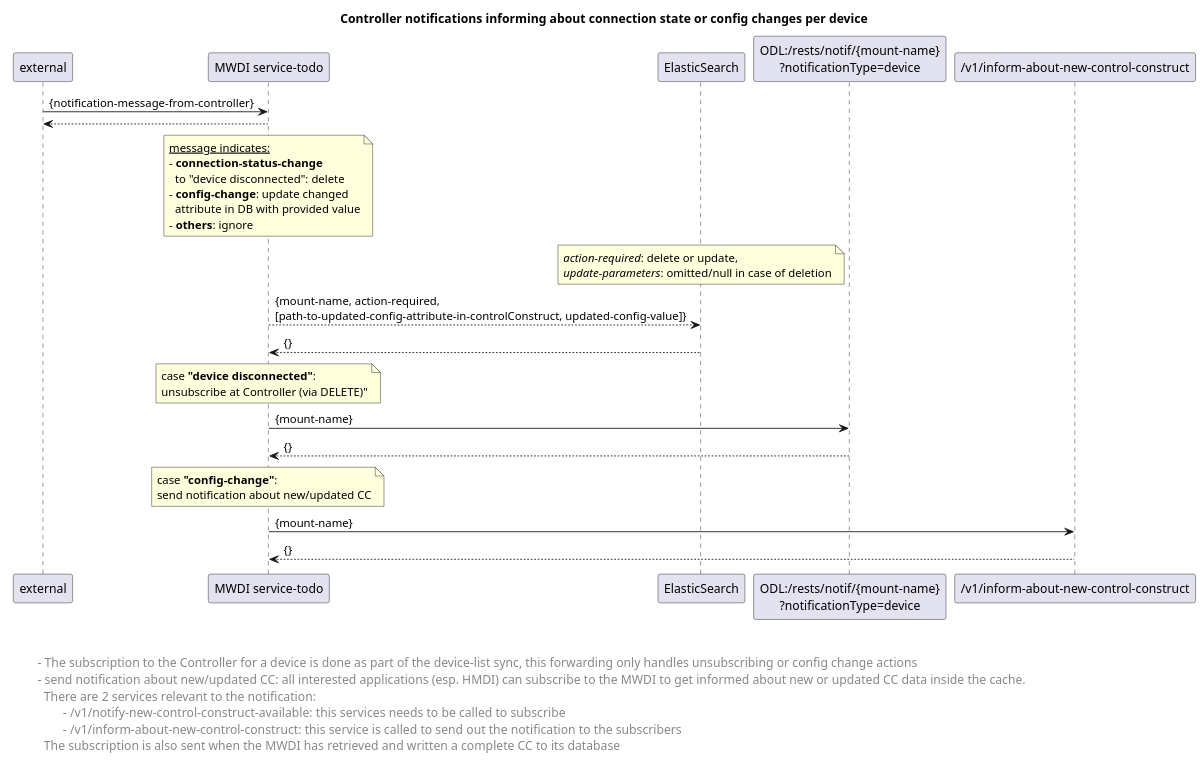
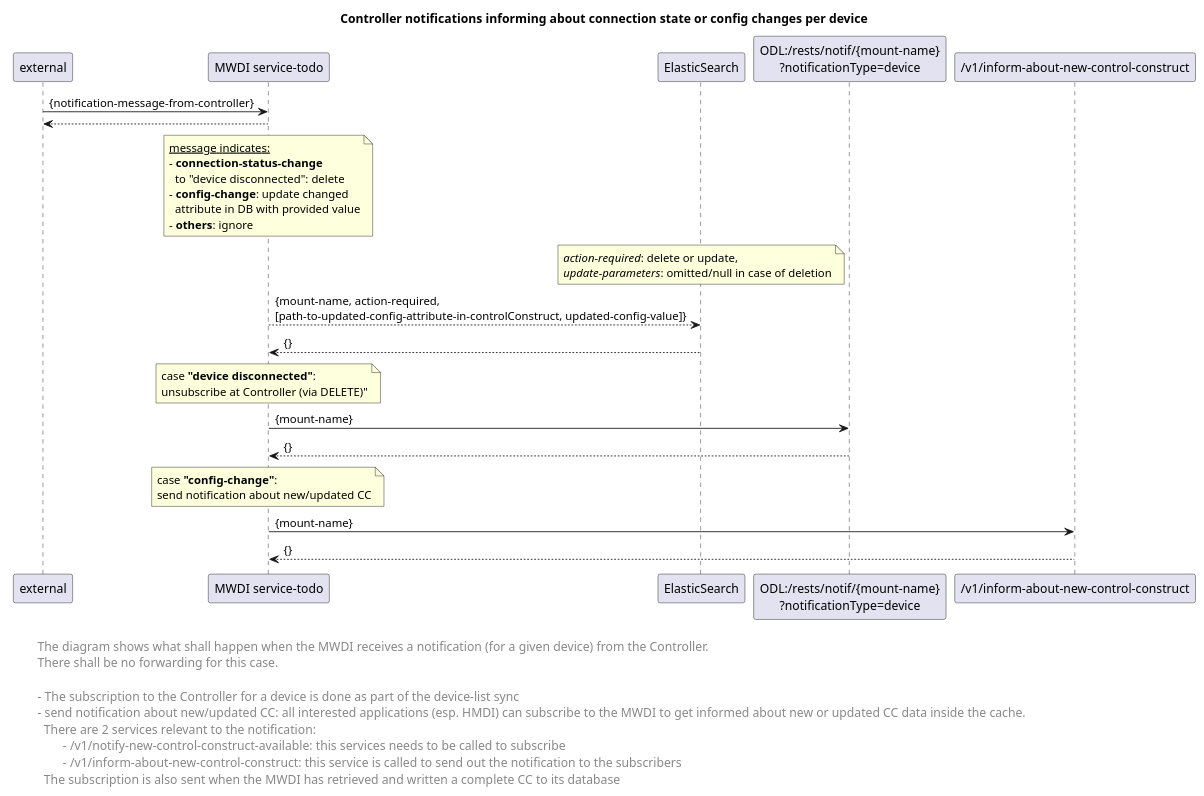
Before and after one commit to openBackhaul/MicroWaveDeviceInventory: the diagram in spec/diagrams/01x_forwardingControllerNotification_v2.plantuml, drawn with PlantUML. The commit also changed 2 other files, not shown here.

Commit message:
no forwarding for controller notification

```diff
--- a/spec/diagrams/01x_forwardingControllerNotification_v2.plantuml
+++ b/spec/diagrams/01x_forwardingControllerNotification_v2.plantuml
@@ -1,56 +1,54 @@
 @startuml
 skinparam responseMessageBelowArrow true
 
 title Controller notifications informing about connection state or config changes per device
-
-'receipt of the notification is trigger, but not allowed to put this as initiating-request 
-'"ODL:/rests/notif/{mount-name}?notificationType=device" -> "MWDI": {notification-message}
-'"MWDI" --> "ODL:/rests/notif/{mount-name}?notificationType=device"
 
 "external" -> "MWDI service-todo": {notification-message-from-controller}
 "MWDI service-todo" --> "external"
 
 note over "MWDI service-todo"
  <u>message indicates:</u>
  - <b>connection-status-change</b> 
    to "device disconnected": delete
  - <b>config-change</b>: update changed 
    attribute in DB with provided value
  - <b>others</b>: ignore
 end note
 note over "ElasticSearch": <i>action-required</i>: delete or update, \n<i>update-parameters</i>: omitted/null in case of deletion
 
 
 "MWDI service-todo" --> "ElasticSearch": {mount-name, action-required, \n[path-to-updated-config-attribute-in-controlConstruct, updated-config-value]}
 "ElasticSearch" --> "MWDI service-todo": {}
 
 note over "MWDI service-todo": case <b>"device disconnected"</b>: \nunsubscribe at Controller (via DELETE)"
 
 "MWDI service-todo" -> "ODL:/rests/notif/{mount-name}\n?notificationType=device": {mount-name}
 "ODL:/rests/notif/{mount-name}\n?notificationType=device" --> "MWDI service-todo": {}
 
 note over "MWDI service-todo": case <b>"config-change"</b>: \nsend notification about new/updated CC
 "MWDI service-todo" -> "/v1/inform-about-new-control-construct": {mount-name}
 "/v1/inform-about-new-control-construct" --> "MWDI service-todo": {}
 
 
 left footer 
 
-
- \t - The subscription to the Controller for a device is done as part of the device-list sync, this forwarding only handles unsubscribing or config change actions
+ \t The diagram shows what shall happen when the MWDI receives a notification (for a given device) from the Controller.
+ \t There shall be no forwarding for this case.
+ 
+ \t - The subscription to the Controller for a device is done as part of the device-list sync
  \t - send notification about new/updated CC: all interested applications (esp. HMDI) can subscribe to the MWDI to get informed about new or updated CC data inside the cache.
  \t   There are 2 services relevant to the notification:
  \t\t - /v1/notify-new-control-construct-available: this services needs to be called to subscribe
  \t\t - /v1/inform-about-new-control-construct: this service is called to send out the notification to the subscribers
  \t   The subscription is also sent when the MWDI has retrieved and written a complete CC to its database 
 end footer
 
 
 <style>
 footer {
   HorizontalAlignment left
   FontSize 14
 }
 </style>
 
 @enduml
```
